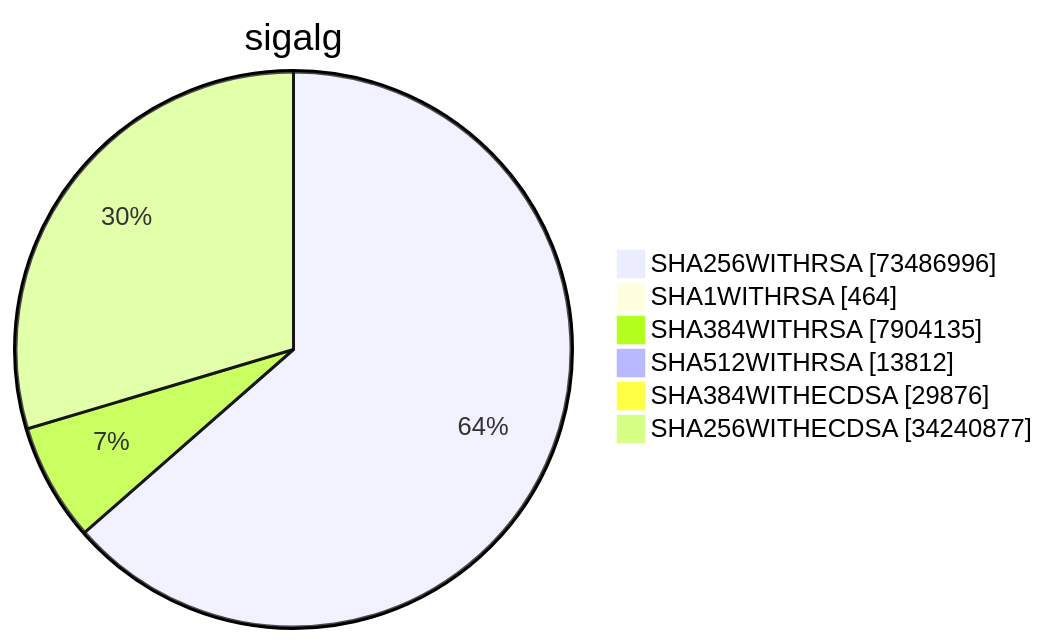
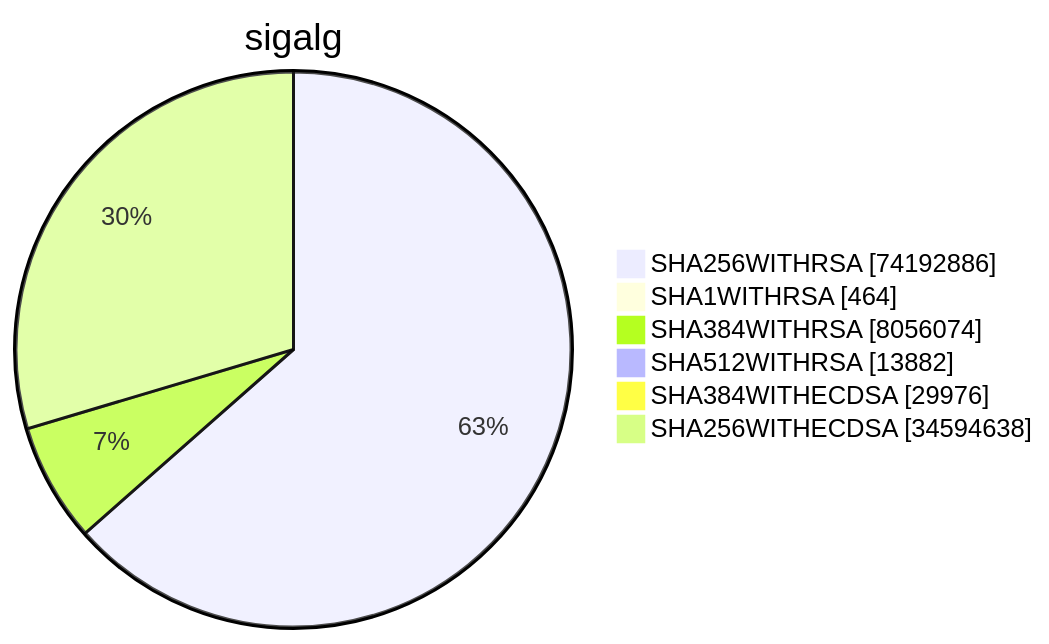
One commit to christiankrug/ctmonitor_visualization changed diagram 15 of 15 in argon2023/README.md. Above: the diagram before and after it, drawn with Mermaid. The commit also changed other lines of this file, not shown here.

````diff
--- a/argon2023/README.md
+++ b/argon2023/README.md
@@ -4540,10 +4544,10 @@
 ```mermaid
 pie showData
 title sigalg
-"SHA256WITHRSA" :73486996
+"SHA256WITHRSA" :74192886
 "SHA1WITHRSA" :464
-"SHA384WITHRSA" :7904135
-"SHA512WITHRSA" :13812
-"SHA384WITHECDSA" :29876
-"SHA256WITHECDSA" :34240877
+"SHA384WITHRSA" :8056074
+"SHA512WITHRSA" :13882
+"SHA384WITHECDSA" :29976
+"SHA256WITHECDSA" :34594638
 ```
````
